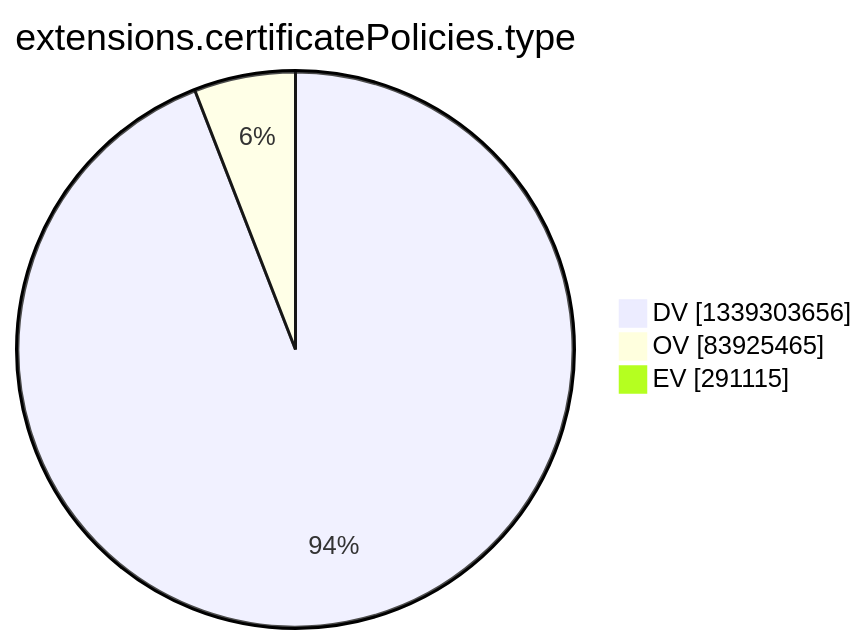
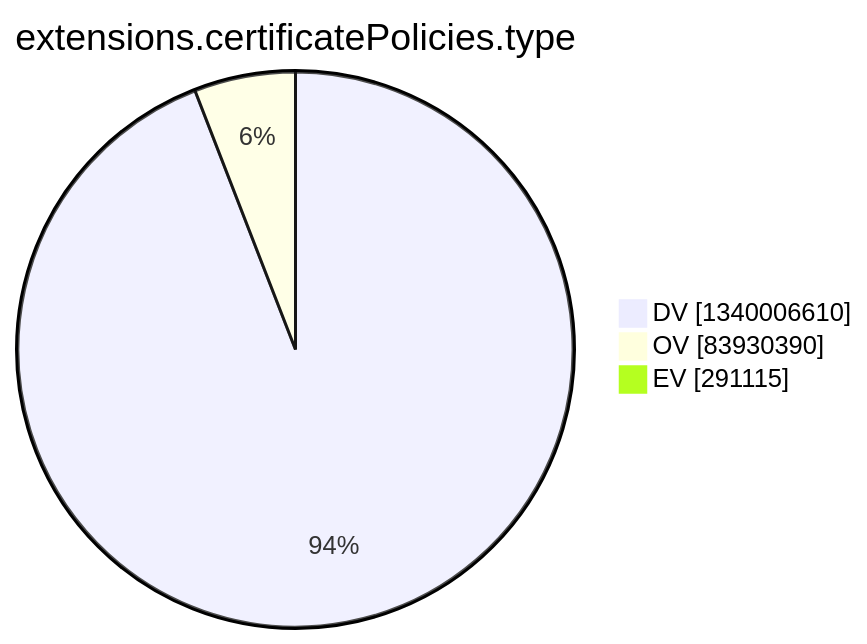
Before and after one commit to christiankrug/ctmonitor_visualization: the tenth of 15 diagrams in argon2022/README.md, drawn with Mermaid. The commit also changed other lines of this file, not shown here.

````diff
--- a/argon2022/README.md
+++ b/argon2022/README.md
@@ -2773,7 +2773,7 @@
 ```mermaid
 pie showData
 title extensions.certificatePolicies.type
-"DV" :1339303656
-"OV" :83925465
+"DV" :1340006610
+"OV" :83930390
 "EV" :291115
 ```
````
